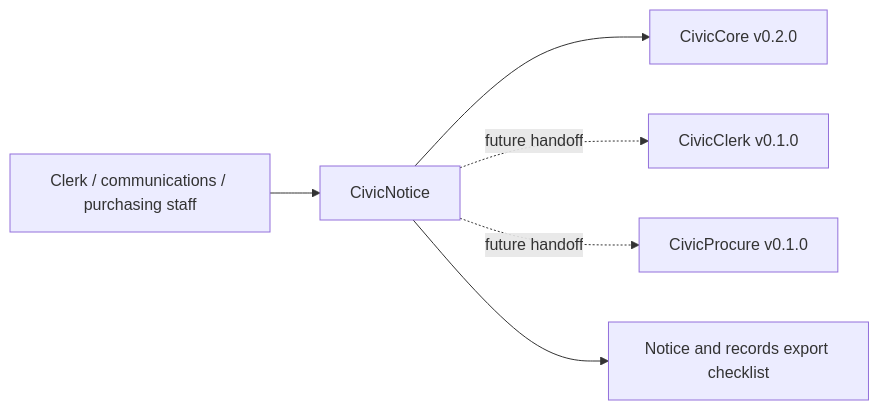
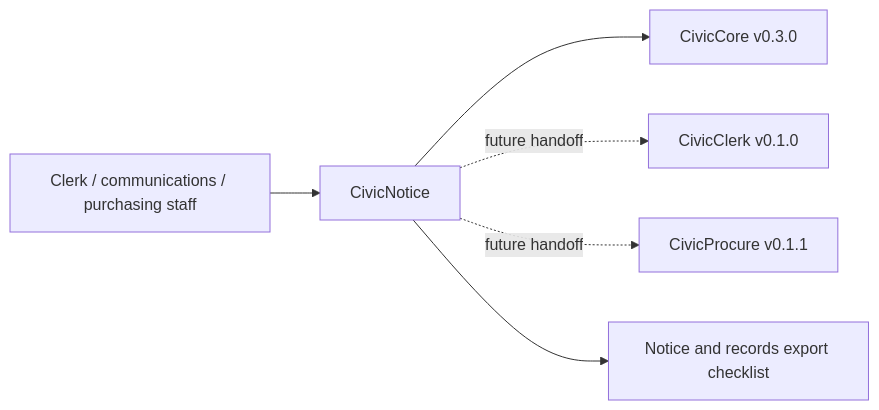
Before and after one commit to CivicSuite/civicnotice: the diagram in USER-MANUAL.md, drawn with Mermaid. The commit also changed other lines of this file and 29 other files, not shown here.

Commit message:
chore: align CivicNotice with civiccore v0.3.0 (#1)

````diff
--- a/USER-MANUAL.md
+++ b/USER-MANUAL.md
@@ -32,8 +32,8 @@
 ```mermaid
 flowchart LR
   Staff["Clerk / communications / purchasing staff"] --> CivicNotice["CivicNotice"]
-  CivicNotice --> CivicCore["CivicCore v0.2.0"]
+  CivicNotice --> CivicCore["CivicCore v0.3.0"]
   CivicNotice -. future handoff .-> CivicClerk["CivicClerk v0.1.0"]
-  CivicNotice -. future handoff .-> CivicProcure["CivicProcure v0.1.0"]
+  CivicNotice -. future handoff .-> CivicProcure["CivicProcure v0.1.1"]
   CivicNotice --> Export["Notice and records export checklist"]
 ```
````
